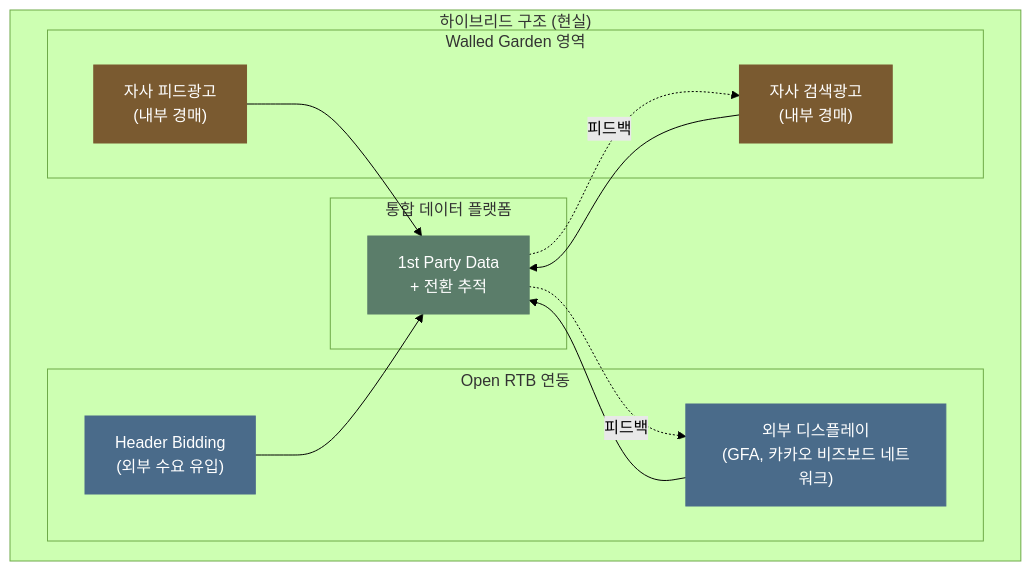
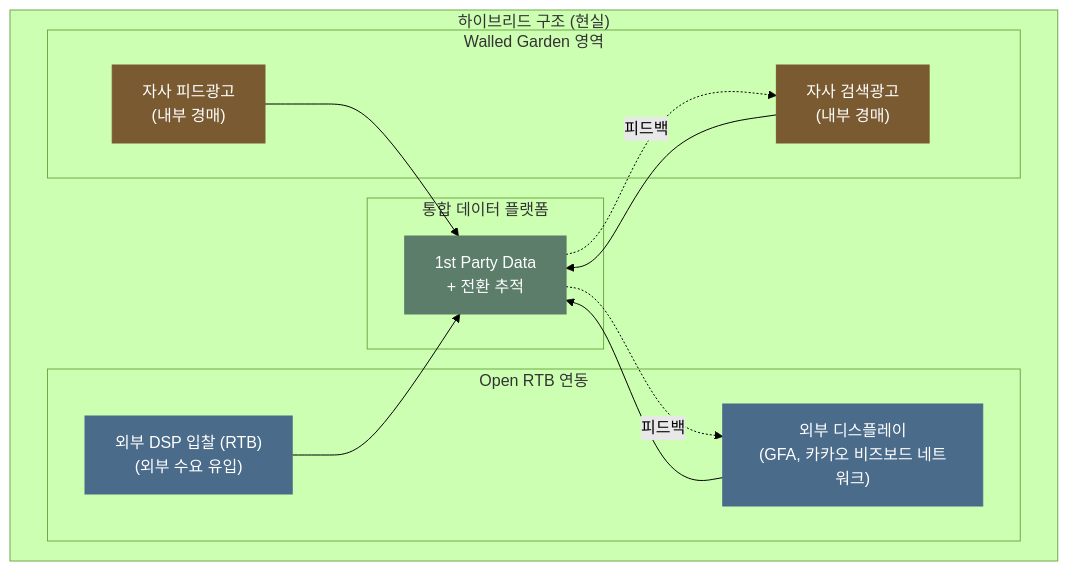
One commit to chkimsu/adtech-blog changed the fifth of 5 diagrams in posts-easy/walled-garden.md. Above: the diagram before and after it, drawn with Mermaid (forest theme). The commit also changed other lines of this file and 4 other files, not shown here.

````diff
--- a/posts-easy/walled-garden.md
+++ b/posts-easy/walled-garden.md
@@ -308,31 +308,31 @@
 ```mermaid
 graph TB
     subgraph Hybrid["하이브리드 구조 (현실)"]
         subgraph WG["Walled Garden 영역"]
             SEARCH["자사 검색광고<br/>(내부 경매)"]
             SOCIAL["자사 피드광고<br/>(내부 경매)"]
         end
 
         subgraph OPEN["Open RTB 연동"]
             GFA["외부 디스플레이<br/>(GFA, 카카오 비즈보드 네트워크)"]
-            HB["Header Bidding<br/>(외부 수요 유입)"]
+            HB["외부 DSP 입찰 (RTB)<br/>(외부 수요 유입)"]
         end
 
         subgraph Unified["통합 데이터 플랫폼"]
             DATA["1st Party Data<br/>+ 전환 추적"]
         end
 
         SEARCH --> DATA
         SOCIAL --> DATA
         GFA --> DATA
         HB --> DATA
         DATA -.->|피드백| SEARCH
         DATA -.->|피드백| GFA
     end
 
     style SEARCH fill:#7a5a30,stroke:#7a5a30,color:#fff
     style SOCIAL fill:#7a5a30,stroke:#7a5a30,color:#fff
     style GFA fill:#4a6b8a,stroke:#4a6b8a,color:#fff
     style HB fill:#4a6b8a,stroke:#4a6b8a,color:#fff
     style DATA fill:#5b7d6a,stroke:#5b7d6a,color:#fff
 ```
````
